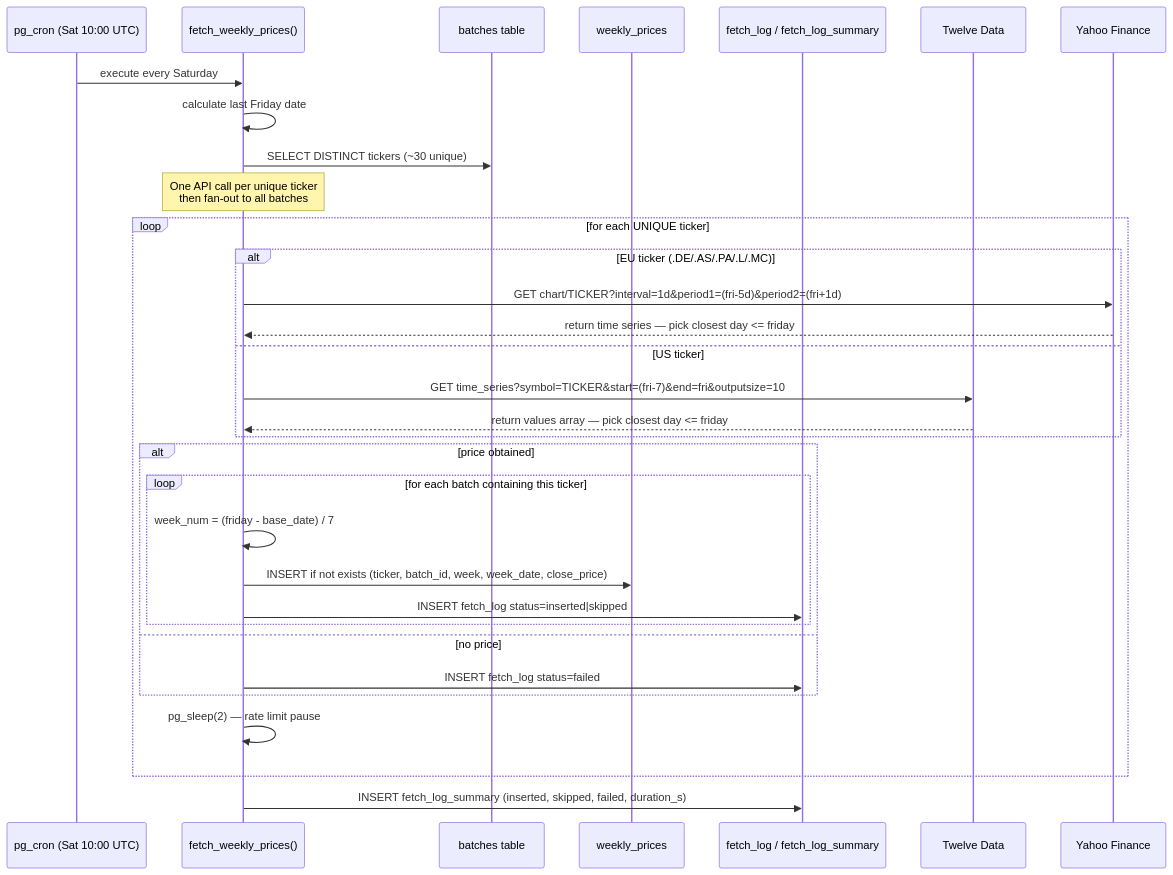
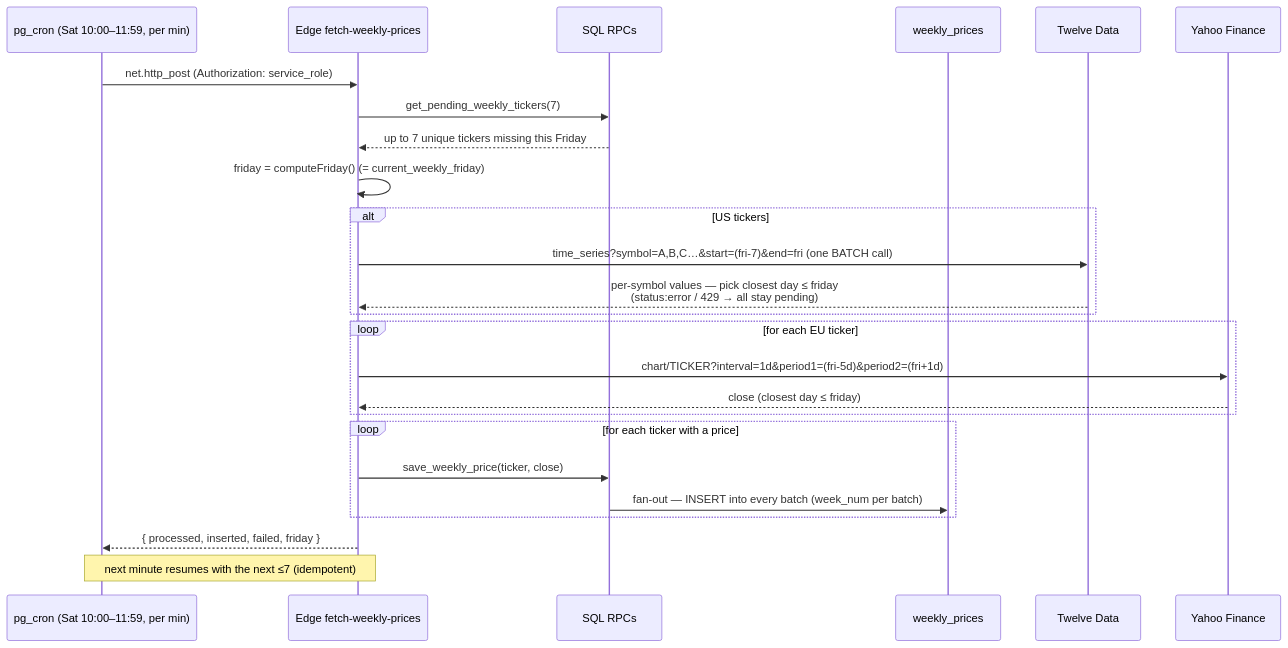
The fifth of 9 diagrams in docs/openbank-forecast-uml.md (alpyengine/openbank-price-prediction), drawn with Mermaid before and after one commit. The commit also changed other lines of this file and 10 other files, not shown here.

First line of the commit message:
feat: move price fetching to Supabase Edge Functions (v7.9.0)

````diff
--- a/docs/openbank-forecast-uml.md
+++ b/docs/openbank-forecast-uml.md
@@ -251,35 +261,28 @@
 ```mermaid
 sequenceDiagram
-    participant CRON as pg_cron (Sat 10:00 UTC)
-    participant FN as fetch_weekly_prices()
-    participant DB as batches table
+    participant CRON as pg_cron (Sat 10:00–11:59, per min)
+    participant EF as Edge fetch-weekly-prices
+    participant RPC as SQL RPCs
     participant WP as weekly_prices
-    participant LOG as fetch_log / fetch_log_summary
     participant TD as Twelve Data
     participant YF as Yahoo Finance
 
-    CRON->>FN: execute every Saturday
-    FN->>FN: calculate last Friday date
-    FN->>DB: SELECT DISTINCT tickers (~30 unique)
-    note over FN: One API call per unique ticker<br/>then fan-out to all batches
-    loop for each UNIQUE ticker
-        alt EU ticker (.DE/.AS/.PA/.L/.MC)
-            FN->>YF: GET chart/TICKER?interval=1d&period1=(fri-5d)&period2=(fri+1d)
-            YF-->>FN: return time series — pick closest day <= friday
-        else US ticker
-            FN->>TD: GET time_series?symbol=TICKER&start=(fri-7)&end=fri&outputsize=10
-            TD-->>FN: return values array — pick closest day <= friday
-        end
-        alt price obtained
-            loop for each batch containing this ticker
-                FN->>FN: week_num = (friday - base_date) / 7
-                FN->>WP: INSERT if not exists (ticker, batch_id, week, week_date, close_price)
-                FN->>LOG: INSERT fetch_log status=inserted|skipped
-            end
-        else no price
-            FN->>LOG: INSERT fetch_log status=failed
-        end
-        FN->>FN: pg_sleep(2) — rate limit pause
+    CRON->>EF: net.http_post (Authorization: service_role)
+    EF->>RPC: get_pending_weekly_tickers(7)
+    RPC-->>EF: up to 7 unique tickers missing this Friday
+    EF->>EF: friday = computeFriday() (= current_weekly_friday)
+    alt US tickers
+        EF->>TD: time_series?symbol=A,B,C…&start=(fri-7)&end=fri (one BATCH call)
+        TD-->>EF: per-symbol values — pick closest day ≤ friday<br/>(status:error / 429 → all stay pending)
     end
-    FN->>LOG: INSERT fetch_log_summary (inserted, skipped, failed, duration_s)
+    loop for each EU ticker
+        EF->>YF: chart/TICKER?interval=1d&period1=(fri-5d)&period2=(fri+1d)
+        YF-->>EF: close (closest day ≤ friday)
+    end
+    loop for each ticker with a price
+        EF->>RPC: save_weekly_price(ticker, close)
+        RPC->>WP: fan-out — INSERT into every batch (week_num per batch)
+    end
+    EF-->>CRON: { processed, inserted, failed, friday }
+    note over CRON,EF: next minute resumes with the next ≤7 (idempotent)
 ```
````
